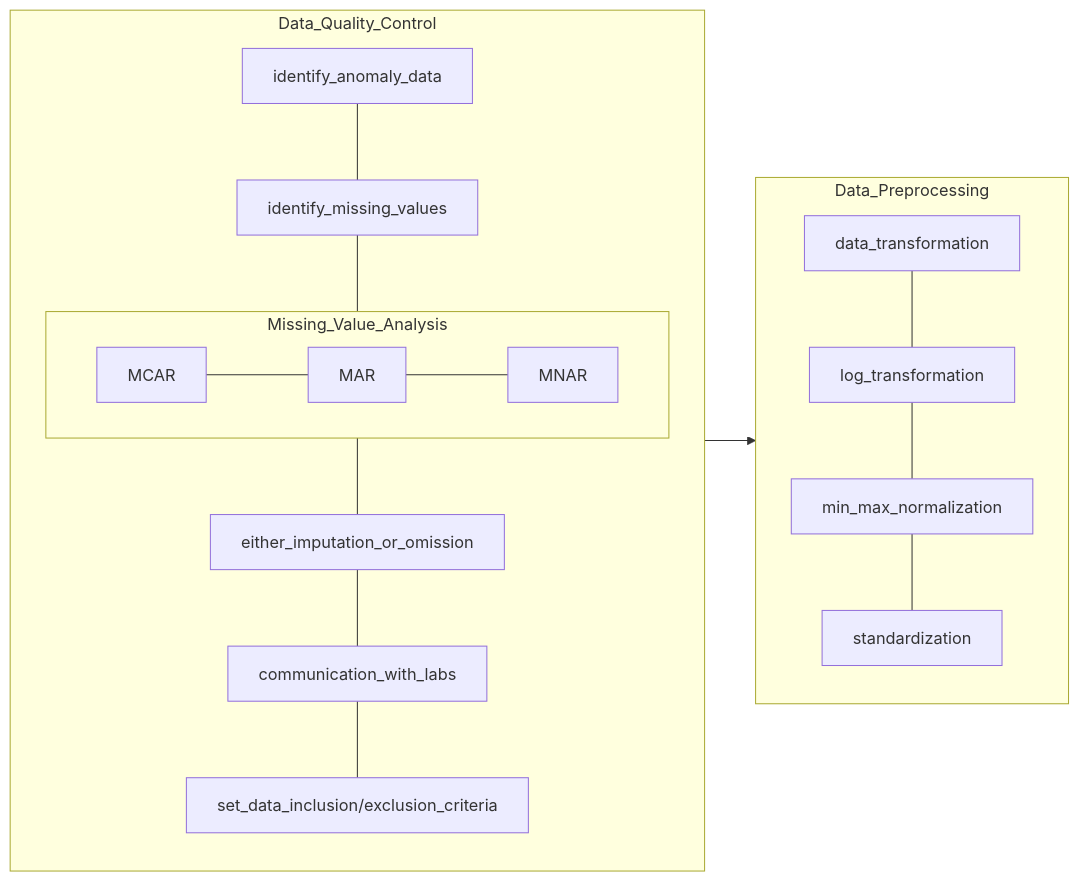
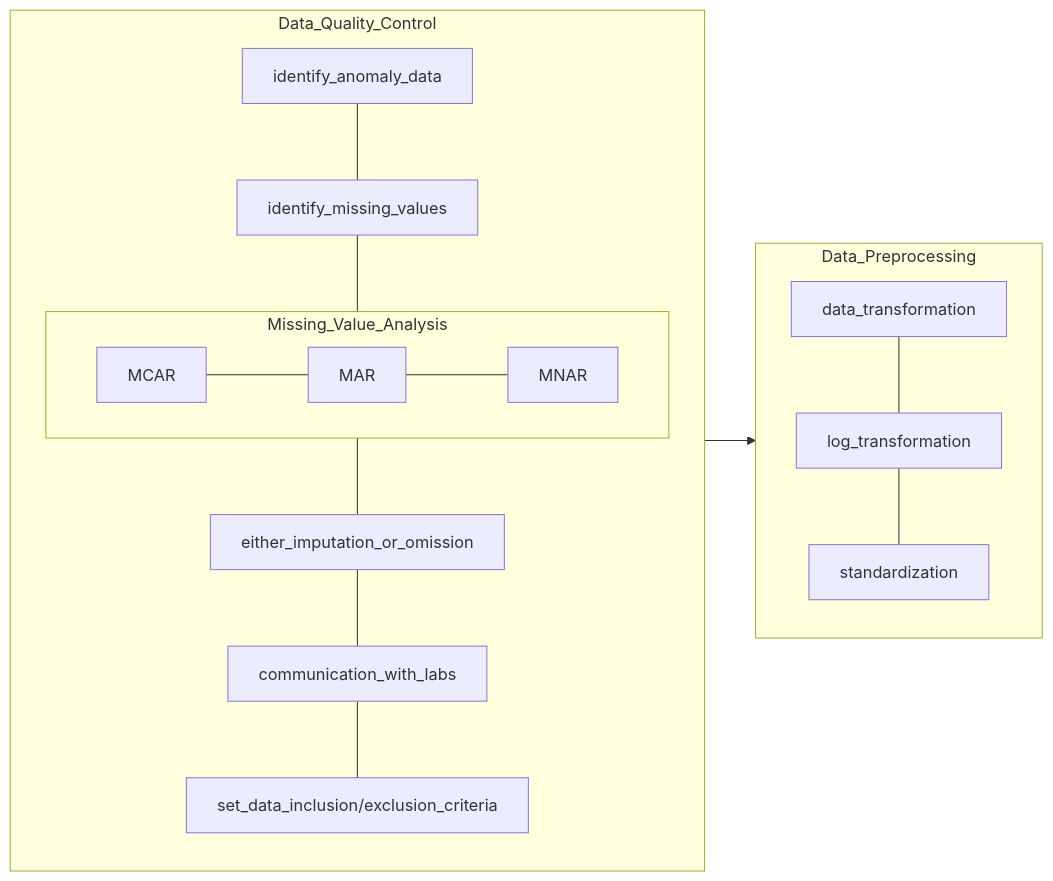
Before and after one commit to kmink3225/website: the second of 3 diagrams in docs/projects/LLFS/project_description.qmd, drawn with Mermaid. The commit also changed other lines of this file and 6 other files, not shown here.

````diff
--- a/docs/projects/LLFS/project_description.qmd
+++ b/docs/projects/LLFS/project_description.qmd
@@ -183,28 +132,27 @@
 ```{mermaid}
 flowchart LR
     subgraph Data_Quality_Control
         direction TB
         identify_anomaly_data---
         identify_missing_values
         subgraph Missing_Value_Analysis
             direction LR
             MCAR---
             MAR---
             MNAR
         end
         either_imputation_or_omission---
         communication_with_labs---
         set_data_inclusion/exclusion_criteria
     end
     identify_missing_values---Missing_Value_Analysis---either_imputation_or_omission
     subgraph Data_Preprocessing
         direction TB
         data_transformation---
         log_transformation---
-        min_max_normalization---
         standardization
     end
 
 Data_Quality_Control-->Data_Preprocessing
 
 ```
````
